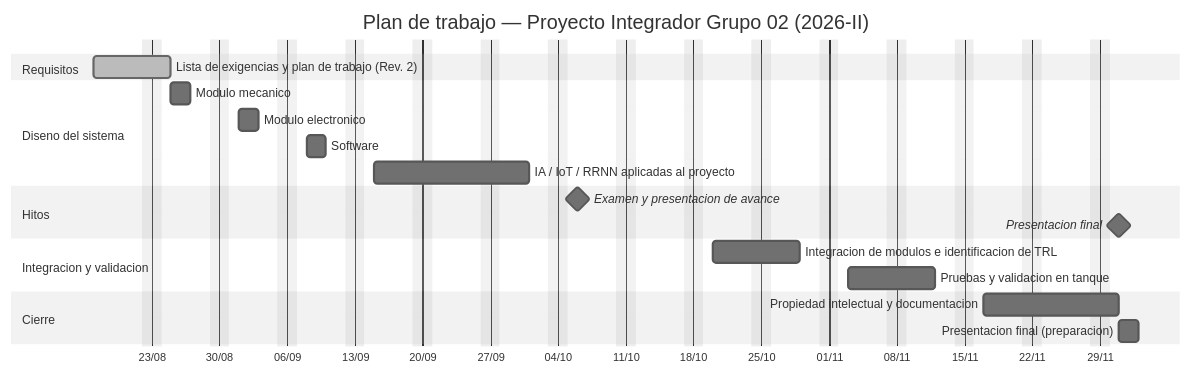
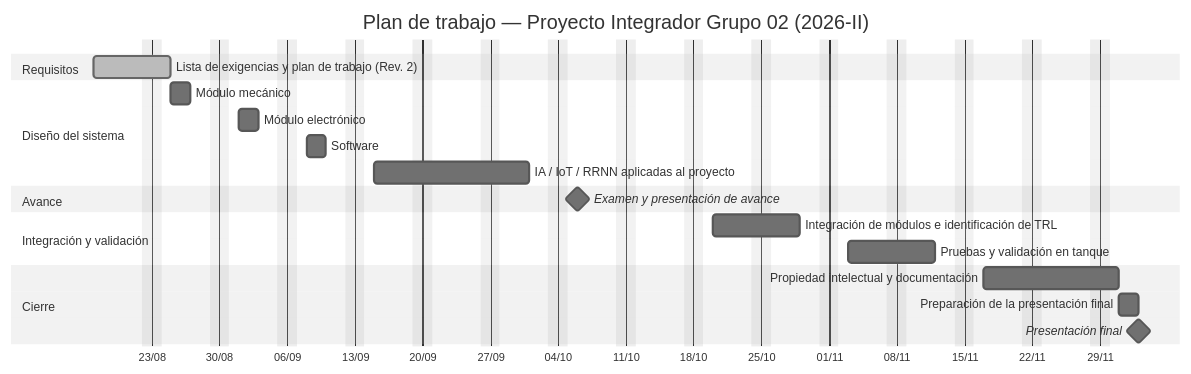
The diagram in Proyecto_Integrador/Entregables/Entregable1_Plandetrabajo.md (Joseph-L-Q/PI_Equipo_02), drawn with Mermaid (neutral theme) before and after one commit. The commit also changed 1 other file, not shown here.

Commit message:
docs: ajustes menores en la Rev. 2 y en el Gantt del plan
- E-04: se marca como tentativa la nota de coherencia del empuje. La
  densidad supuesta del agua de mar (1 025 kg/m3) y la masa en aire
  derivada (3,2-3,5 kg) son valores nuevos introducidos en esta revision
  y no pueden quedar sin marcar, ya que la segunda fija el limite de E-13.
- Gantt: "Presentacion final" aparecia duplicada (hito el 01/12 y tarea
  01-03/12) y ademas la seccion "Hitos" se declaraba antes de la fase de
  integracion, por lo que Mermaid dibujaba el hito de diciembre por encima
  de las barras de octubre. Los hitos pasan a su seccion cronologica y el
  hito final queda al cierre de la preparacion (03/12).
- Gantt: se restituyen las tildes para mantener la ortografia del resto
  del documento.

````diff
--- a/Proyecto_Integrador/Entregables/Entregable1_Plandetrabajo.md
+++ b/Proyecto_Integrador/Entregables/Entregable1_Plandetrabajo.md
@@ -43,28 +43,28 @@
 ```mermaid
 gantt
     title Plan de trabajo — Proyecto Integrador Grupo 02 (2026-II)
     dateFormat  YYYY-MM-DD
     axisFormat  %d/%m
     excludes    weekends
 
     section Requisitos
     Lista de exigencias y plan de trabajo (Rev. 2)  :done, req, 2026-08-17, 2026-08-25
 
-    section Diseno del sistema
-    Modulo mecanico                                 :mec, 2026-08-25, 2026-08-27
-    Modulo electronico                              :ele, 2026-09-01, 2026-09-03
+    section Diseño del sistema
+    Módulo mecánico                                 :mec, 2026-08-25, 2026-08-27
+    Módulo electrónico                              :ele, 2026-09-01, 2026-09-03
     Software                                        :sof, 2026-09-08, 2026-09-10
     IA / IoT / RRNN aplicadas al proyecto           :ia,  2026-09-15, 2026-10-01
 
-    section Hitos
-    Examen y presentacion de avance                 :milestone, m1, 2026-10-06, 0d
-    Presentacion final                              :milestone, m2, 2026-12-01, 0d
+    section Avance
+    Examen y presentación de avance                 :milestone, m1, 2026-10-06, 0d
 
-    section Integracion y validacion
-    Integracion de modulos e identificacion de TRL  :int, 2026-10-20, 2026-10-29
-    Pruebas y validacion en tanque                  :val, 2026-11-03, 2026-11-12
+    section Integración y validación
+    Integración de módulos e identificación de TRL  :int, 2026-10-20, 2026-10-29
+    Pruebas y validación en tanque                  :val, 2026-11-03, 2026-11-12
 
     section Cierre
-    Propiedad intelectual y documentacion           :doc, 2026-11-17, 2026-12-01
-    Presentacion final (preparacion)                :pf,  2026-12-01, 2026-12-03
+    Propiedad intelectual y documentación           :doc, 2026-11-17, 2026-12-01
+    Preparación de la presentación final            :pf,  2026-12-01, 2026-12-03
+    Presentación final                              :milestone, m2, 2026-12-03, 0d
 ```
````
